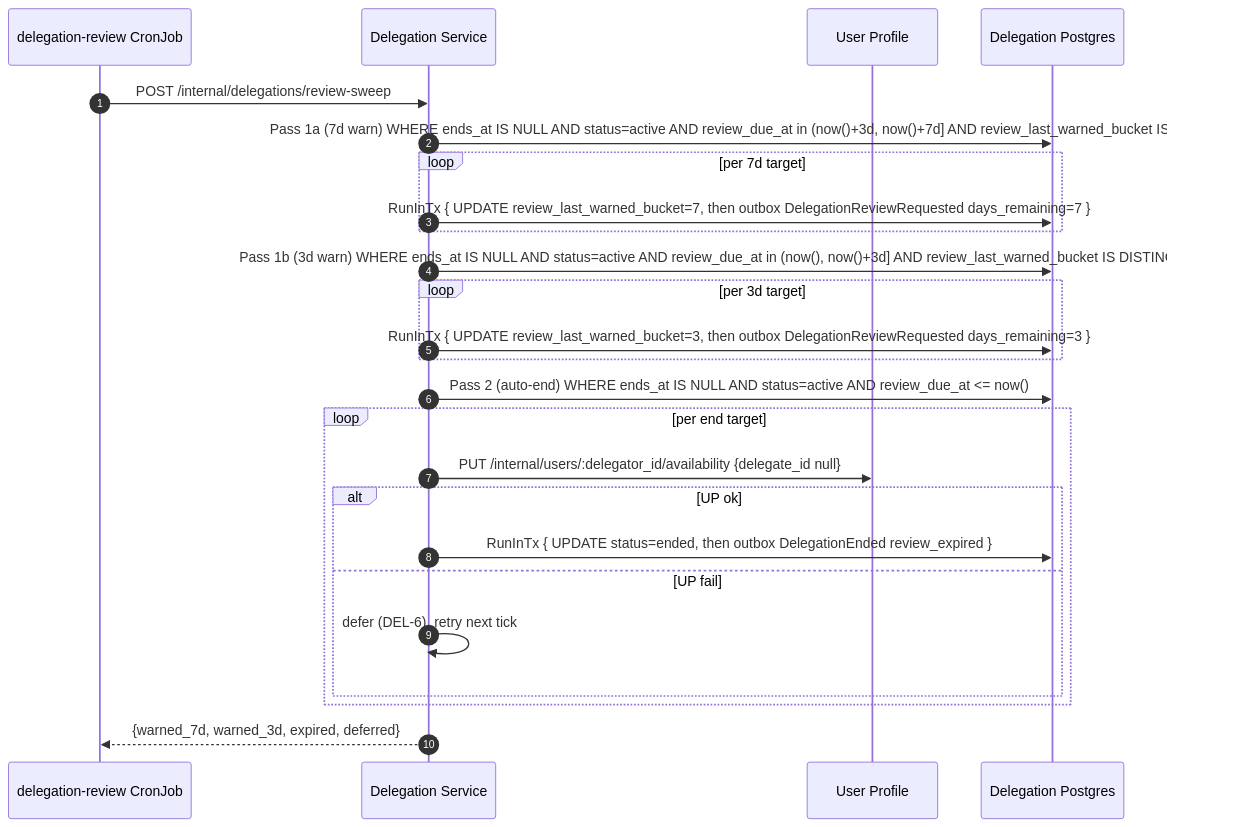
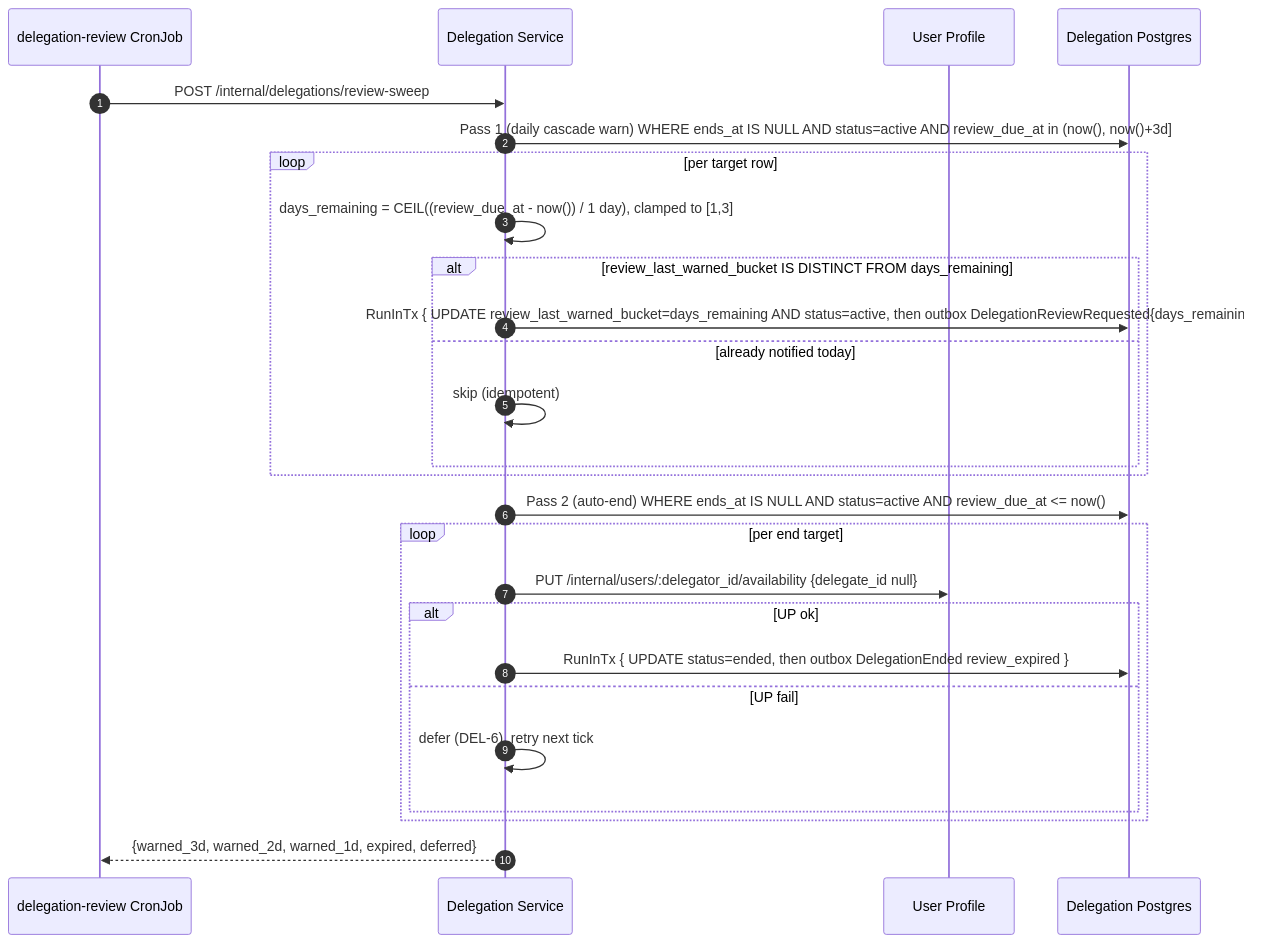
One commit to BCBP-SOLUTIONS-FZC-LLC/iam-delegation changed the diagram in docs/architecture/mermaid/review-cron-flow.mmd. Above: the diagram before and after it, drawn with Mermaid. The commit also changed 80 other files, not shown here.

```diff
--- a/docs/architecture/mermaid/review-cron-flow.mmd
+++ b/docs/architecture/mermaid/review-cron-flow.mmd
@@ -1,26 +1,27 @@
 sequenceDiagram
     autonumber
     participant CR as delegation-review CronJob
     participant DLG as Delegation Service
     participant UP as User Profile
     participant PG as Delegation Postgres
 
     CR->>DLG: POST /internal/delegations/review-sweep
-    DLG->>PG: Pass 1a (7d warn) WHERE ends_at IS NULL AND status=active AND review_due_at in (now()+3d, now()+7d] AND review_last_warned_bucket IS NULL
-    loop per 7d target
-        DLG->>PG: RunInTx { UPDATE review_last_warned_bucket=7, then outbox DelegationReviewRequested days_remaining=7 }
-    end
-    DLG->>PG: Pass 1b (3d warn) WHERE ends_at IS NULL AND status=active AND review_due_at in (now(), now()+3d] AND review_last_warned_bucket IS DISTINCT FROM 3
-    loop per 3d target
-        DLG->>PG: RunInTx { UPDATE review_last_warned_bucket=3, then outbox DelegationReviewRequested days_remaining=3 }
+    DLG->>PG: Pass 1 (daily cascade warn) WHERE ends_at IS NULL AND status=active AND review_due_at in (now(), now()+3d]
+    loop per target row
+        DLG->>DLG: days_remaining = CEIL((review_due_at - now()) / 1 day), clamped to [1,3]
+        alt review_last_warned_bucket IS DISTINCT FROM days_remaining
+            DLG->>PG: RunInTx { UPDATE review_last_warned_bucket=days_remaining AND status=active, then outbox DelegationReviewRequested{days_remaining} }
+        else already notified today
+            DLG->>DLG: skip (idempotent)
+        end
     end
     DLG->>PG: Pass 2 (auto-end) WHERE ends_at IS NULL AND status=active AND review_due_at <= now()
     loop per end target
         DLG->>UP: PUT /internal/users/:delegator_id/availability {delegate_id null}
         alt UP ok
             DLG->>PG: RunInTx { UPDATE status=ended, then outbox DelegationEnded review_expired }
         else UP fail
             DLG->>DLG: defer (DEL-6), retry next tick
         end
     end
-    DLG-->>CR: {warned_7d, warned_3d, expired, deferred}
+    DLG-->>CR: {warned_3d, warned_2d, warned_1d, expired, deferred}
```
